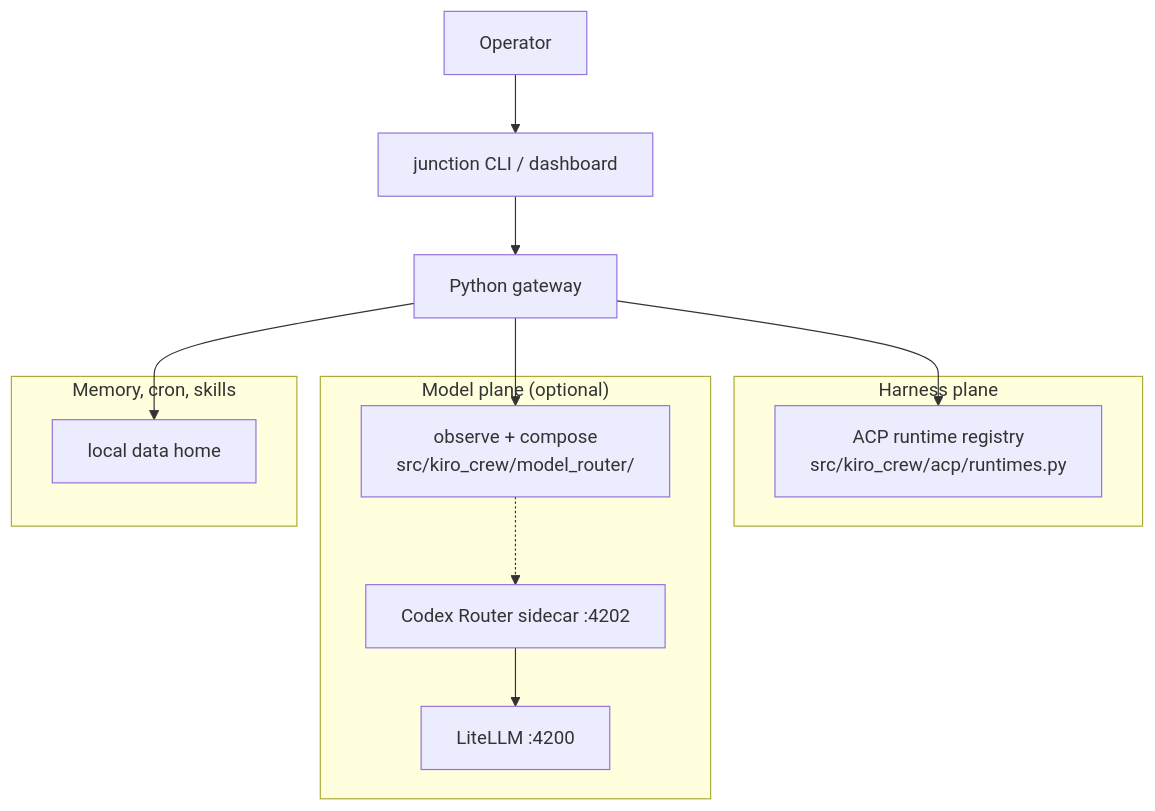
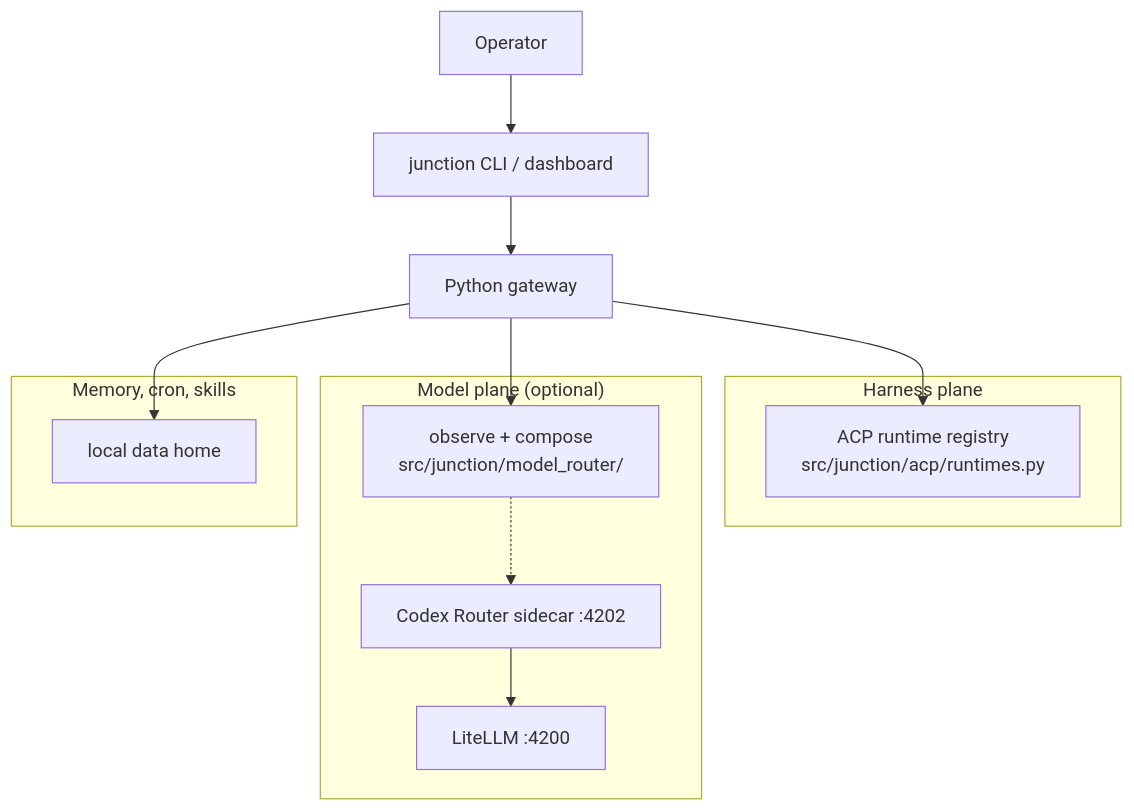
Before and after one commit to laqaer/acpcrew: the diagram in ARCHITECTURE.md, drawn with Mermaid. The commit also changed other lines of this file and 5318 other files, not shown here.

````diff
--- a/ARCHITECTURE.md
+++ b/ARCHITECTURE.md
@@ -19,22 +19,22 @@
 ```mermaid
 flowchart TB
   Op[Operator]
   Ui["junction CLI / dashboard"]
   Gw[Python gateway]
   subgraph Harness["Harness plane"]
-    Reg["ACP runtime registry<br/>src/kiro_crew/acp/runtimes.py"]
+    Reg["ACP runtime registry<br/>src/junction/acp/runtimes.py"]
   end
   subgraph Model["Model plane (optional)"]
-    MR["observe + compose<br/>src/kiro_crew/model_router/"]
+    MR["observe + compose<br/>src/junction/model_router/"]
     CR["Codex Router sidecar :4202"]
     LL["LiteLLM :4200"]
   end
   subgraph Home["Memory, cron, skills"]
     Mem[local data home]
   end
   Op --> Ui --> Gw
   Gw --> Reg
   Gw --> MR
   Gw --> Mem
   MR -.-> CR --> LL
 ```
````
